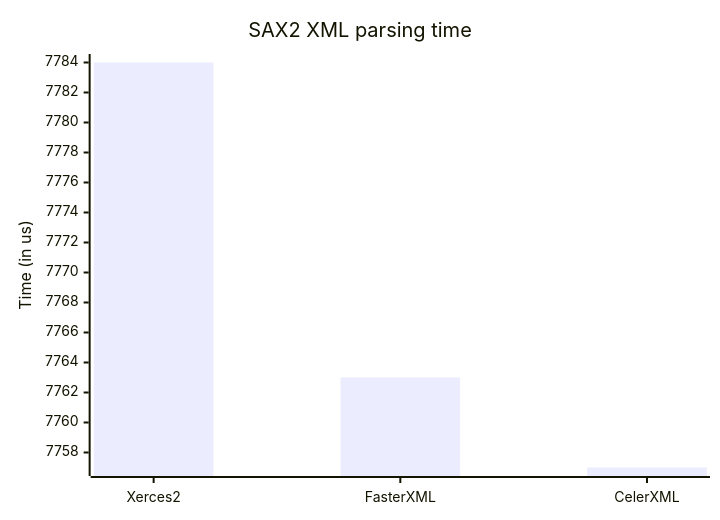
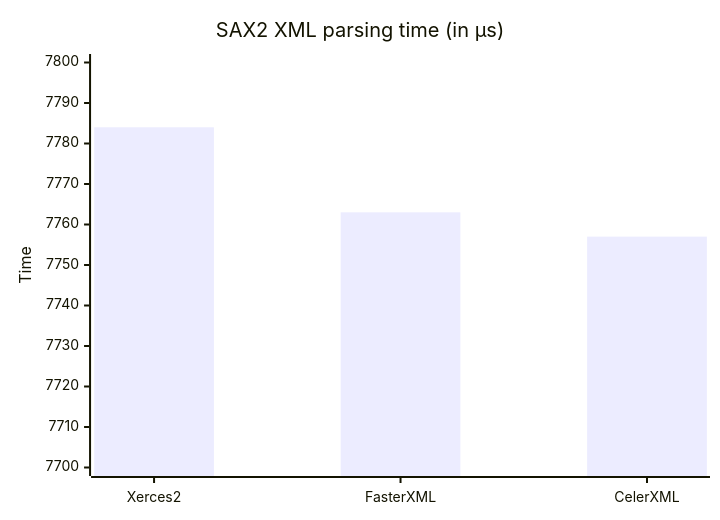
One commit to celersms/celerxml changed the second of 3 diagrams in benchmark/README.md. Above: the diagram before and after it, drawn with Mermaid. The commit also changed other lines of this file, not shown here.

Commit message:
XML parsers benchmark report

````diff
--- a/benchmark/README.md
+++ b/benchmark/README.md
@@ -28,7 +25,7 @@
 ```mermaid
 xychart
-    title "SAX2 XML parsing time"
+    title "SAX2 XML parsing time (in µs)"
     x-axis [Xerces2, FasterXML, CelerXML]
-    y-axis "Time (in us)"
+    y-axis Time 7700 --> 7800
     bar [7784, 7763, 7757]
 ```
````
